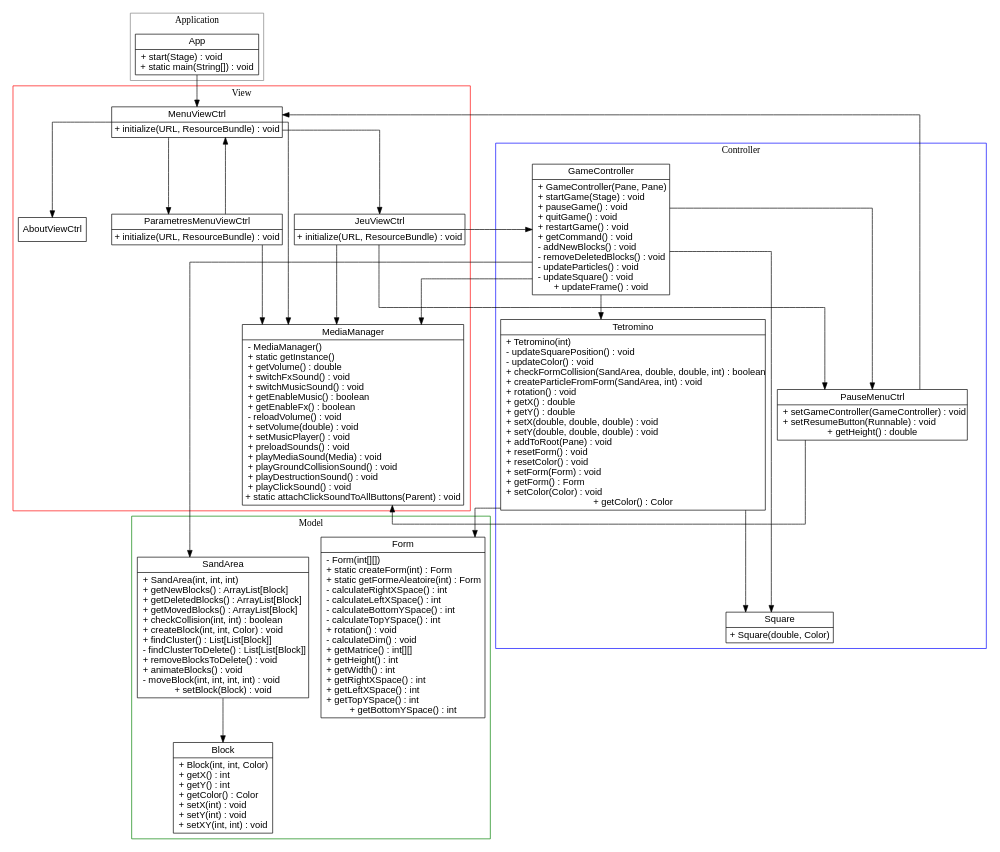
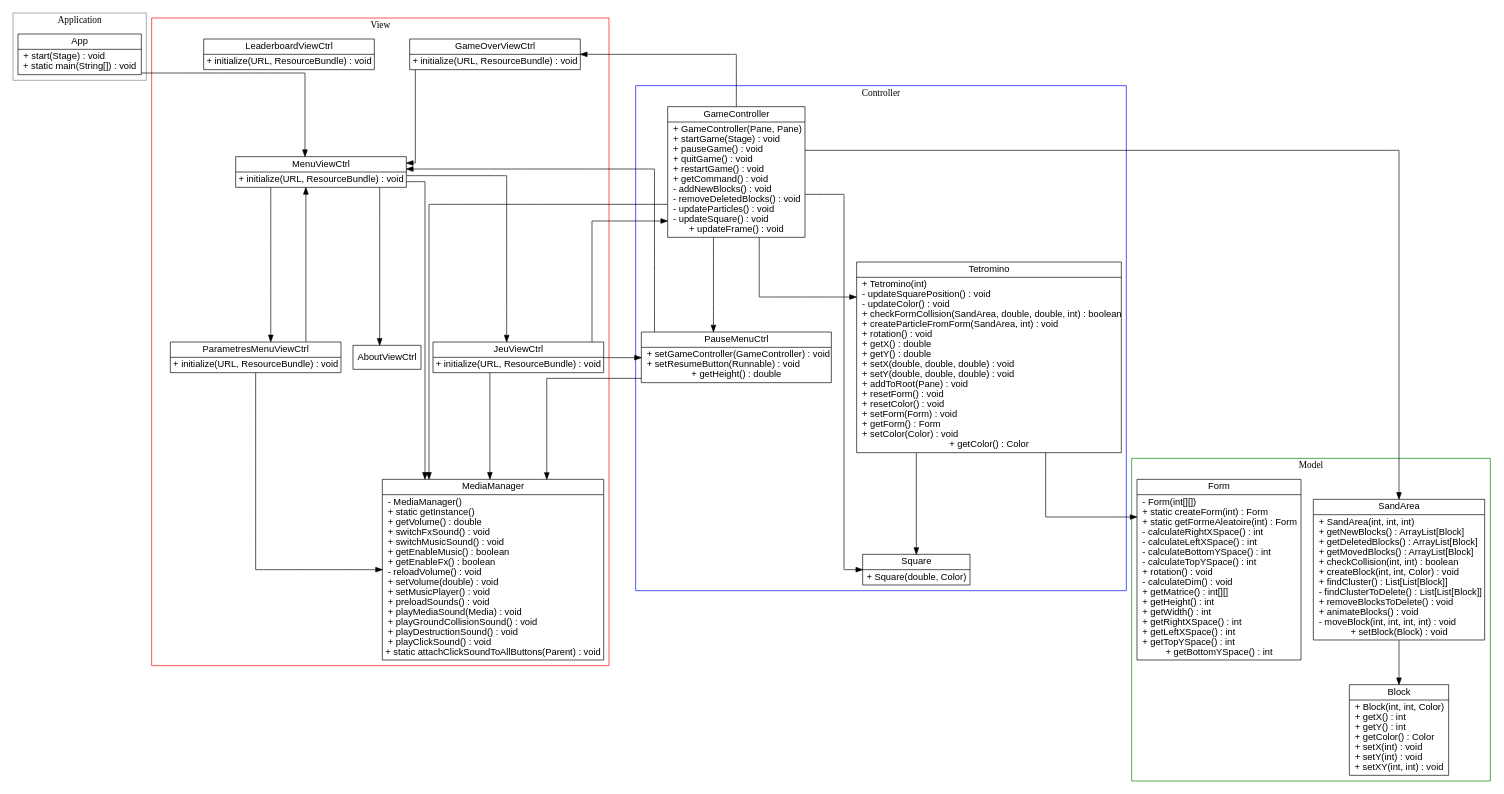
Before and after one commit to Hugo-Organisation/repo-tetrix: the diagram in doc/rapport/diagram.dot, drawn with Graphviz. The commit also changed 1 other file, not shown here.

Commit message:
Diagramme de classe

```diff
--- a/doc/rapport/diagram.dot
+++ b/doc/rapport/diagram.dot
@@ -1,66 +1,71 @@
 digraph UML {
   rankdir=TB;
   splines=ortho;
   node [shape=record, fontname=Arial];
 
   subgraph cluster_App {
     label="Application";
     color=gray;
     App [label="{App| + start(Stage) : void\l + static main(String[]) : void}"];
   }
 
   subgraph cluster_View {
     label="View";
     color=red;
     MenuViewCtrl [label="{MenuViewCtrl| + initialize(URL, ResourceBundle) : void}"];
     JeuViewCtrl [label="{JeuViewCtrl| + initialize(URL, ResourceBundle) : void}"];
     ParametresMenuViewCtrl [label="{ParametresMenuViewCtrl| + initialize(URL, ResourceBundle) : void}"];
+    GameOverViewCtrl [label="{GameOverViewCtrl| + initialize(URL, ResourceBundle) : void}"];
+    LeaderboardViewCtrl [label="{LeaderboardViewCtrl| + initialize(URL, ResourceBundle) : void}"];
     AboutViewCtrl [label="AboutViewCtrl"];
     MediaManager [label="{MediaManager| - MediaManager()\l + static getInstance()\l + getVolume() : double\l + switchFxSound() : void\l + switchMusicSound() : void\l + getEnableMusic() : boolean\l + getEnableFx() : boolean\l - reloadVolume() : void\l + setVolume(double) : void\l + setMusicPlayer() : void\l + preloadSounds() : void\l + playMediaSound(Media) : void\l + playGroundCollisionSound() : void\l + playDestructionSound() : void\l + playClickSound() : void\l + static attachClickSoundToAllButtons(Parent) : void}"];
   }
 
   subgraph cluster_Controller {
     label="Controller";
     color=blue;
     GameController [label="{GameController| + GameController(Pane, Pane)\l + startGame(Stage) : void\l + pauseGame() : void\l + quitGame() : void\l + restartGame() : void\l + getCommand() : void\l - addNewBlocks() : void\l - removeDeletedBlocks() : void\l - updateParticles() : void\l - updateSquare() : void\l + updateFrame() : void}"];
     PauseMenuCtrl [label="{PauseMenuCtrl| + setGameController(GameController) : void\l + setResumeButton(Runnable) : void\l + getHeight() : double}"];
     Tetromino [label="{Tetromino| + Tetromino(int)\l - updateSquarePosition() : void\l - updateColor() : void\l + checkFormCollision(SandArea, double, double, int) : boolean\l + createParticleFromForm(SandArea, int) : void\l + rotation() : void\l + getX() : double\l + getY() : double\l + setX(double, double, double) : void\l + setY(double, double, double) : void\l + addToRoot(Pane) : void\l + resetForm() : void\l + resetColor() : void\l + setForm(Form) : void\l + getForm() : Form\l + setColor(Color) : void\l + getColor() : Color}"];
     Square [label="{Square| + Square(double, Color)}"];
   }
 
   subgraph cluster_Model {
     label="Model";
     color=green;
     Form [label="{Form| - Form(int[][])\l + static createForm(int) : Form\l + static getFormeAleatoire(int) : Form\l - calculateRightXSpace() : int\l - calculateLeftXSpace() : int\l - calculateBottomYSpace() : int\l - calculateTopYSpace() : int\l + rotation() : void\l - calculateDim() : void\l + getMatrice() : int[][]\l + getHeight() : int\l + getWidth() : int\l + getRightXSpace() : int\l + getLeftXSpace() : int\l + getTopYSpace() : int\l + getBottomYSpace() : int}"];
     Block [label="{Block| + Block(int, int, Color)\l + getX() : int\l + getY() : int\l + getColor() : Color\l + setX(int) : void\l + setY(int) : void\l + setXY(int, int) : void}"];
     SandArea [label="{SandArea| + SandArea(int, int, int)\l + getNewBlocks() : ArrayList[Block]\l + getDeletedBlocks() : ArrayList[Block]\l + getMovedBlocks() : ArrayList[Block]\l + checkCollision(int, int) : boolean\l + createBlock(int, int, Color) : void\l + findCluster() : List[List[Block]]\l - findClusterToDelete() : List[List[Block]]\l + removeBlocksToDelete() : void\l + animateBlocks() : void\l - moveBlock(int, int, int, int) : void\l + setBlock(Block) : void}"];
   }
 
   // Relations (arêtes)
   App -> MenuViewCtrl;
   MenuViewCtrl -> MediaManager;
   MenuViewCtrl -> JeuViewCtrl;
   MenuViewCtrl -> ParametresMenuViewCtrl;
   MenuViewCtrl -> AboutViewCtrl;
 
   ParametresMenuViewCtrl -> MenuViewCtrl;
   ParametresMenuViewCtrl -> MediaManager;
 
   JeuViewCtrl -> GameController;
   JeuViewCtrl -> PauseMenuCtrl;
   JeuViewCtrl -> MediaManager;
 
   GameController -> SandArea;
   GameController -> Tetromino;
   GameController -> PauseMenuCtrl;
   GameController -> Square;
   GameController -> MediaManager;
+  GameController -> GameOverViewCtrl
+
+  GameOverViewCtrl -> MenuViewCtrl
 
   SandArea -> Block;
 
   Tetromino -> Square;
   Tetromino -> Form;
 
   PauseMenuCtrl -> MediaManager;
   PauseMenuCtrl -> MenuViewCtrl;
 }
```
